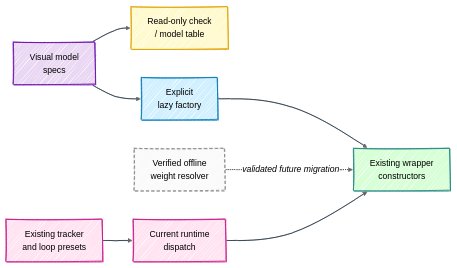
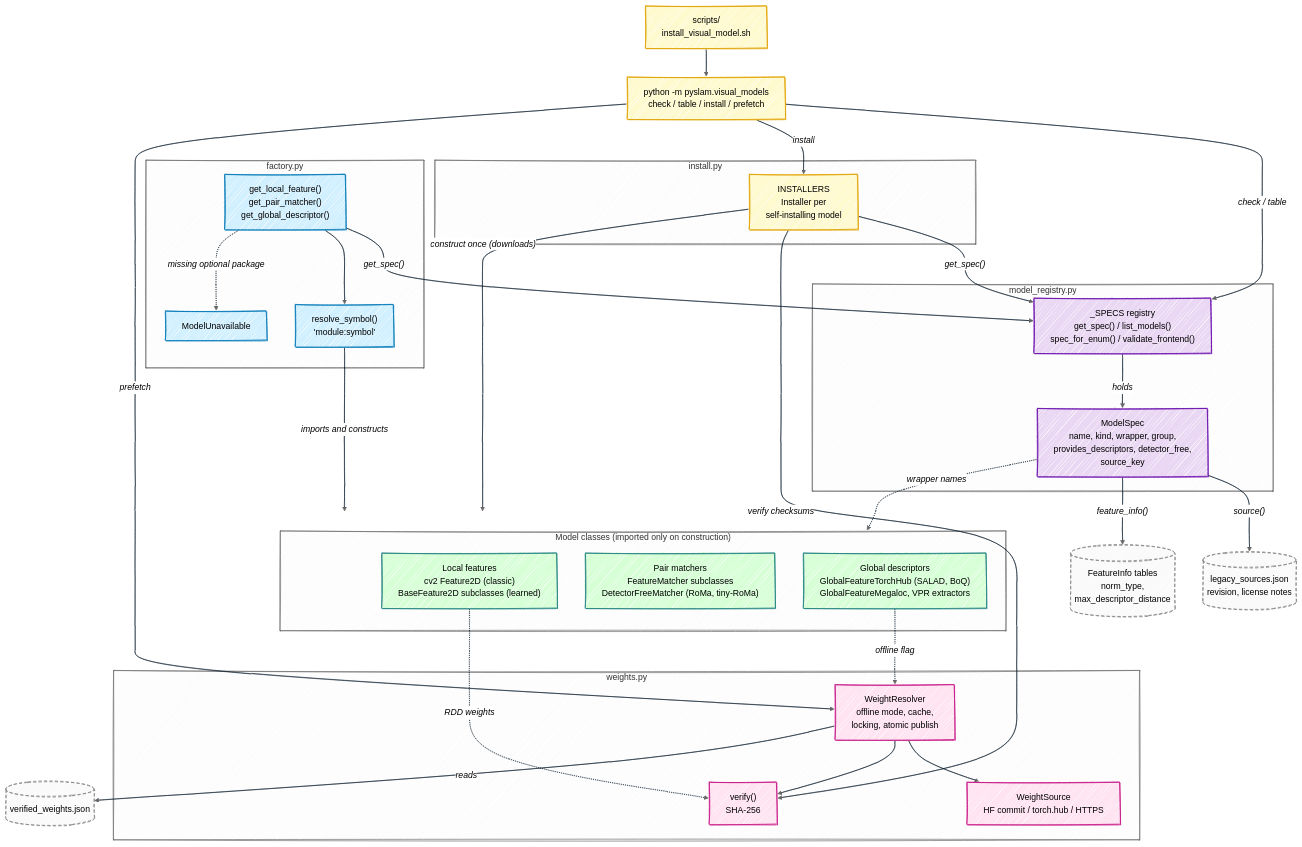
Before and after one commit to luigifreda/pyslam: the diagram in docs/images/shared/visual_model_catalog.mmd, drawn with Mermaid (neutral theme). The commit also changed 14 other files, not shown here.

First line of the commit message:
Document visual models as current state; review model licenses

```diff
--- a/docs/images/shared/visual_model_catalog.mmd
+++ b/docs/images/shared/visual_model_catalog.mmd
@@ -1,30 +1,79 @@
 ---
 config:
   look: handDrawn
   flowchart:
     wrappingWidth: 400
 ---
-graph LR;
-    %% Additive visual-model catalog beside the existing feature runtime
+graph TB;
+    %% pyslam.visual_models: metadata registry, lazy factory, weight resolver, installer and CLI
     linkStyle default stroke:#021526,stroke-width:1px,font-size:16px;
 
     classDef catalog fill:#EAD7F3,stroke:#6A0DAD,stroke-width:1.5px,font-size:16px;
+    classDef data fill:#FAFAFA,stroke:#888888,stroke-width:1.5px,stroke-dasharray:6 4,font-size:16px;
     classDef tool fill:#FFFACD,stroke:#E1A100,stroke-width:1.5px,font-size:16px;
     classDef factory fill:#D1F0FF,stroke:#0077B6,stroke-width:1.5px,font-size:16px;
+    classDef weights fill:#FFE3F1,stroke:#C71585,stroke-width:1.5px,font-size:16px;
     classDef existing fill:#D6FFD6,stroke:#218380,stroke-width:1.5px,font-size:16px;
-    classDef runtime fill:#FFE3F1,stroke:#C71585,stroke-width:1.5px,font-size:16px;
-    classDef future fill:#FAFAFA,stroke:#888888,stroke-width:1.5px,stroke-dasharray:6 4,font-size:16px;
 
-    Catalog["Visual model<br>specs"] --> Inspect["Read-only check<br>/ model table"];
-    Catalog --> Factory["Explicit<br>lazy factory"];
-    Factory --> Existing["Existing wrapper<br>constructors"];
-    Resolver["Verified offline<br>weight resolver"] -.->|"`_validated future migration_`"| Existing;
-    Presets["Existing tracker<br>and loop presets"] --> Runtime["Current runtime<br>dispatch"];
-    Runtime --> Existing;
+    subgraph registry["model_registry.py"]
+        Registry["_SPECS registry<br>get_spec() / list_models()<br>spec_for_enum() / validate_frontend()"];
+        ModelSpec["ModelSpec<br>name, kind, wrapper, group,<br>provides_descriptors, detector_free,<br>source_key"];
+    end
+    Sources[("legacy_sources.json<br>revision, license notes")];
+    FeatureInfo[("FeatureInfo tables<br>norm_type,<br>max_descriptor_distance")];
 
-    class Catalog catalog;
-    class Inspect tool;
-    class Factory factory;
-    class Existing existing;
-    class Presets,Runtime runtime;
-    class Resolver future;
+    subgraph factorymod["factory.py"]
+        Factory["get_local_feature()<br>get_pair_matcher()<br>get_global_descriptor()"];
+        Resolve["resolve_symbol()<br>'module:symbol'"];
+        Unavailable["ModelUnavailable"];
+    end
+
+    subgraph weightsmod["weights.py"]
+        Resolver["WeightResolver<br>offline mode, cache,<br>locking, atomic publish"];
+        WeightSource["WeightSource<br>HF commit / torch.hub / HTTPS"];
+        Verify["verify()<br>SHA-256"];
+    end
+    Verified[("verified_weights.json")];
+
+    subgraph installmod["install.py"]
+        Installers["INSTALLERS<br>Installer per<br>self-installing model"];
+    end
+    Script["scripts/<br>install_visual_model.sh"];
+    CLI["python -m pyslam.visual_models<br>check / table / install / prefetch"];
+
+    subgraph wrappers["Model classes (imported only on construction)"]
+        Local["Local features<br>cv2 Feature2D (classic)<br>BaseFeature2D subclasses (learned)"];
+        Matchers["Pair matchers<br>FeatureMatcher subclasses<br>DetectorFreeMatcher (RoMa, tiny-RoMa)"];
+        Global["Global descriptors<br>GlobalFeatureTorchHub (SALAD, BoQ)<br>GlobalFeatureMegaloc, VPR extractors"];
+    end
+
+    Registry -->|"`_holds_`"| ModelSpec;
+    ModelSpec -->|"`_source()_`"| Sources;
+    ModelSpec -->|"`_feature_info()_`"| FeatureInfo;
+    ModelSpec -.->|"`_wrapper names_`"| wrappers;
+
+    Factory -->|"`_get_spec()_`"| Registry;
+    Factory --> Resolve;
+    Resolve -->|"`_imports and constructs_`"| wrappers;
+    Factory -.->|"`_missing optional package_`"| Unavailable;
+
+    Resolver --> WeightSource;
+    Resolver --> Verify;
+    Resolver -->|"`_reads_`"| Verified;
+    Local -.->|"`_RDD weights_`"| Verify;
+    Global -.->|"`_offline flag_`"| Resolver;
+
+    Script --> CLI;
+    CLI -->|"`_check / table_`"| Registry;
+    CLI -->|"`_install_`"| Installers;
+    CLI -->|"`_prefetch_`"| Resolver;
+    Installers -->|"`_get_spec()_`"| Registry;
+    Installers -->|"`_construct once (downloads)_`"| wrappers;
+    Installers -->|"`_verify checksums_`"| Verify;
+
+    class Registry,ModelSpec catalog;
+    class Sources,FeatureInfo,Verified data;
+    class CLI,Script,Installers tool;
+    class Factory,Resolve,Unavailable factory;
+    class Resolver,WeightSource,Verify weights;
+    class Local,Matchers,Global existing;
```
